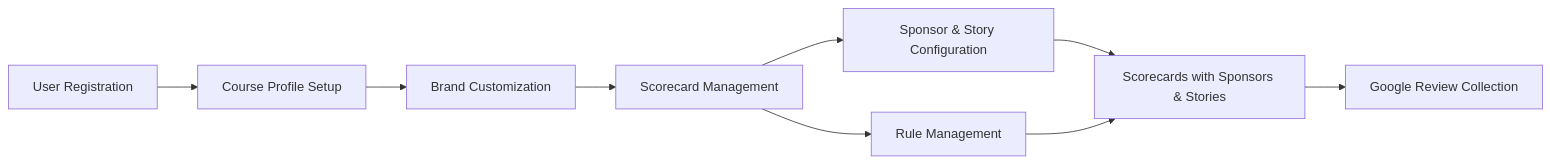
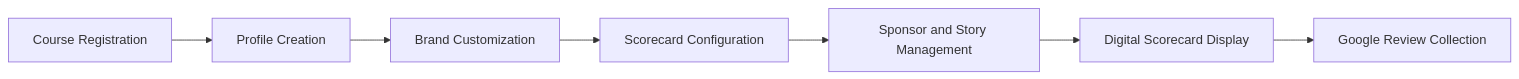
One commit to CraftLogan/solunar-server changed the first of 2 diagrams in .planning/overview.md. Above: the diagram before and after it, drawn with Mermaid. The commit also changed other lines of this file, not shown here.

````diff
--- a/.planning/overview.md
+++ b/.planning/overview.md
@@ -44,11 +25,9 @@
 ```mermaid
 graph LR;
-    A[User Registration] --> B[Course Profile Setup];
+    A[Course Registration] --> B[Profile Creation];
     B --> C[Brand Customization];
-    C --> D[Scorecard Management];
-    D --> E[Sponsor & Story Configuration];
-    D --> F[Rule Management];
-    E --> G[Scorecards with Sponsors & Stories];
-    F --> G;
-    G --> H[Google Review Collection];
+    C --> D[Scorecard Configuration];
+    D --> E[Sponsor and Story Management];
+    E --> F[Digital Scorecard Display];
+    F --> G[Google Review Collection];
 ```
````
